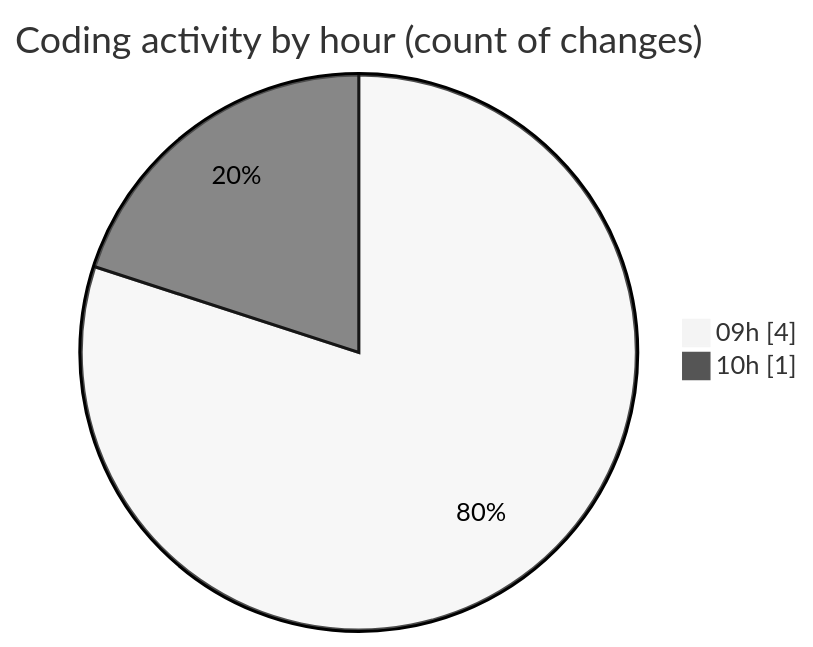
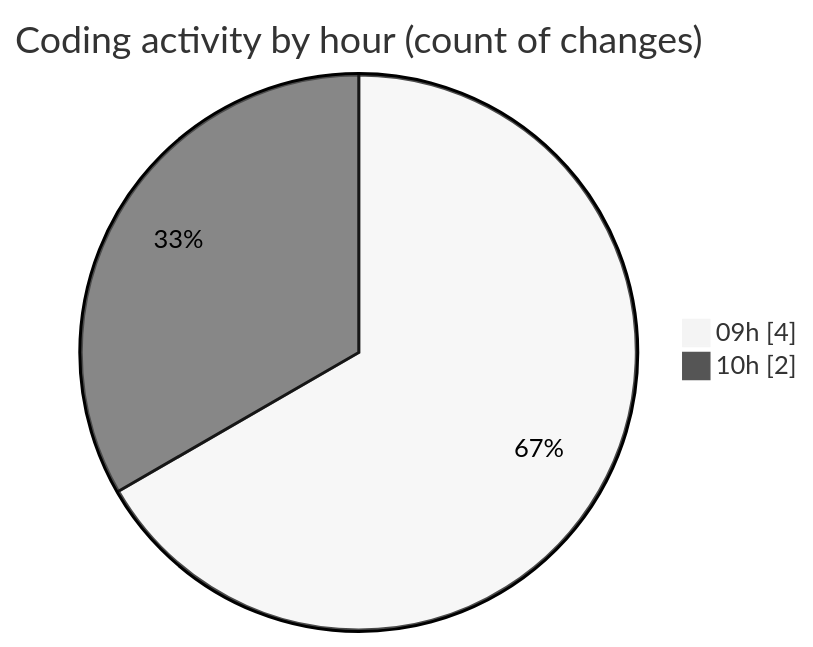
Before and after one commit to Elitesun/code-tracking: the second of 2 diagrams in 2025-05-03/niten/README.md, drawn with Mermaid (neutral theme). The commit also changed other lines of this file and 1 other file, not shown here.

````diff
--- a/2025-05-03/niten/README.md
+++ b/2025-05-03/niten/README.md
@@ -29,6 +29,6 @@
 ```mermaid
 pie showData
 title Coding activity by hour (count of changes)
 "09h" : 4
-"10h" : 1
+"10h" : 2
 ```
````
